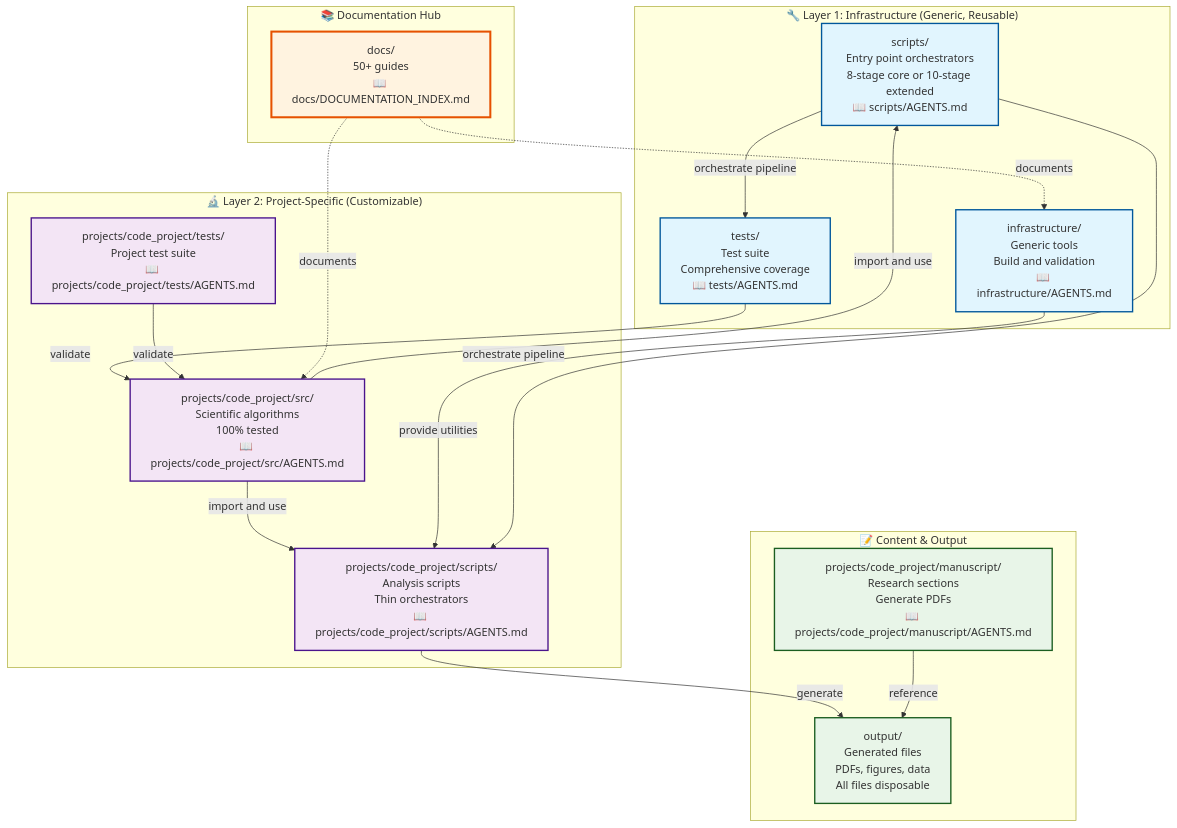
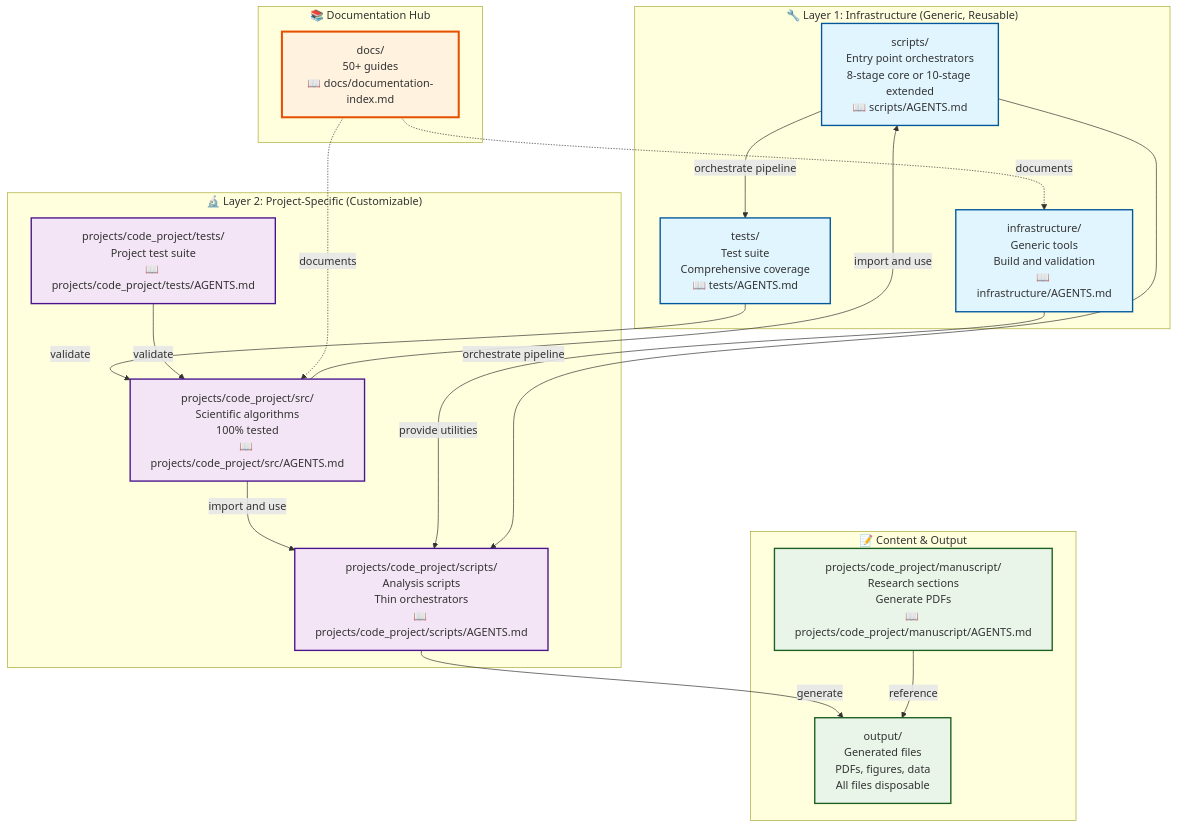
One commit to docxology/template changed the sixth of 14 diagrams in README.md. Above: the diagram before and after it, drawn with Mermaid. The commit also changed other lines of this file and 899 other files, not shown here.

````diff
--- a/README.md
+++ b/README.md
@@ -469,45 +469,45 @@
 ```mermaid
 graph TB
     subgraph L1["🔧 Layer 1: Infrastructure (Generic, Reusable)"]
         INFRA[infrastructure/\nGeneric tools\nBuild and validation\n📖 infrastructure/AGENTS.md]
         INFRA_SCRIPTS[scripts/\nEntry point orchestrators\n8-stage core or 10-stage extended\n📖 scripts/AGENTS.md]
         TESTS[tests/\nTest suite\nComprehensive coverage\n📖 tests/AGENTS.md]
     end
 
     subgraph L2["🔬 Layer 2: Project-Specific (Customizable)"]
         SRC[projects/code_project/src/\nScientific algorithms\n100% tested\n📖 projects/code_project/src/AGENTS.md]
         SCRIPTS[projects/code_project/scripts/\nAnalysis scripts\nThin orchestrators\n📖 projects/code_project/scripts/AGENTS.md]
         PROJECT_TESTS[projects/code_project/tests/\nProject test suite\n📖 projects/code_project/tests/AGENTS.md]
     end
 
     subgraph DOCS["📚 Documentation Hub"]
-        DOCS_DIR[docs/\n50+ guides\n📖 docs/DOCUMENTATION_INDEX.md]
+        DOCS_DIR[docs/\n50+ guides\n📖 docs/documentation-index.md]
     end
 
     subgraph CONTENT["📝 Content & Output"]
         MANUSCRIPT[projects/code_project/manuscript/\nResearch sections\nGenerate PDFs\n📖 projects/code_project/manuscript/AGENTS.md]
         OUTPUT[output/\nGenerated files\nPDFs, figures, data\nAll files disposable]
     end
 
     SRC -->|import and use| SCRIPTS
     SRC -->|import and use| INFRA_SCRIPTS
     INFRA -->|provide utilities| SCRIPTS
     SCRIPTS -->|generate| OUTPUT
     INFRA_SCRIPTS -->|orchestrate pipeline| TESTS
     INFRA_SCRIPTS -->|orchestrate pipeline| SCRIPTS
     MANUSCRIPT -->|reference| OUTPUT
     TESTS -->|validate| SRC
     PROJECT_TESTS -->|validate| SRC
     DOCS_DIR -.->|documents| INFRA
     DOCS_DIR -.->|documents| SRC
 
     classDef layer1 fill:#e1f5fe,stroke:#01579b,stroke-width:2px
     classDef layer2 fill:#f3e5f5,stroke:#4a148c,stroke-width:2px
     classDef docs fill:#fff3e0,stroke:#e65100,stroke-width:3px
     classDef content fill:#e8f5e8,stroke:#1b5e20,stroke-width:2px
 
     class INFRA,INFRA_SCRIPTS,TESTS layer1
     class SRC,SCRIPTS,PROJECT_TESTS layer2
     class DOCS_DIR docs
     class MANUSCRIPT,OUTPUT content
 ```
````
